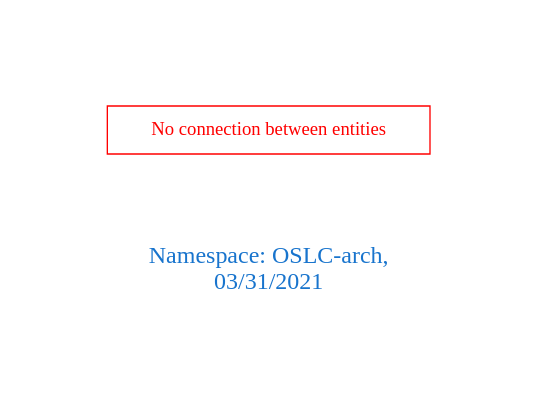
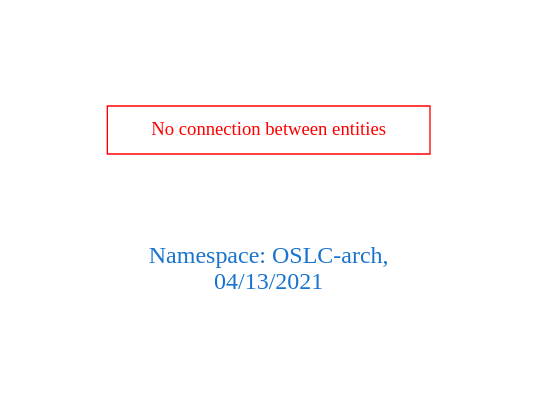
The diagram in downloads/OSLC-arch.dot (arago/OGIT), drawn with Graphviz before and after one commit. The commit also changed 1849 other files, not shown here.

```diff
--- a/downloads/OSLC-arch.dot
+++ b/downloads/OSLC-arch.dot
@@ -1,9 +1,9 @@
 digraph OGIT_ontology {
  graph [ rankdir= LR,pad=1 
 fontsize = 18,
-fontcolor= dodgerblue3,label = "\n\n\nNamespace: OSLC-arch, \n 03/31/2021"];
+fontcolor= dodgerblue3,label = "\n\n\nNamespace: OSLC-arch, \n 04/13/2021"];
 node[shape=polygon];
 edge [  color="gray81"];
 
 "No connection between entities" [fontcolor = "red",color="red", shape="polygon"]
 }
```
